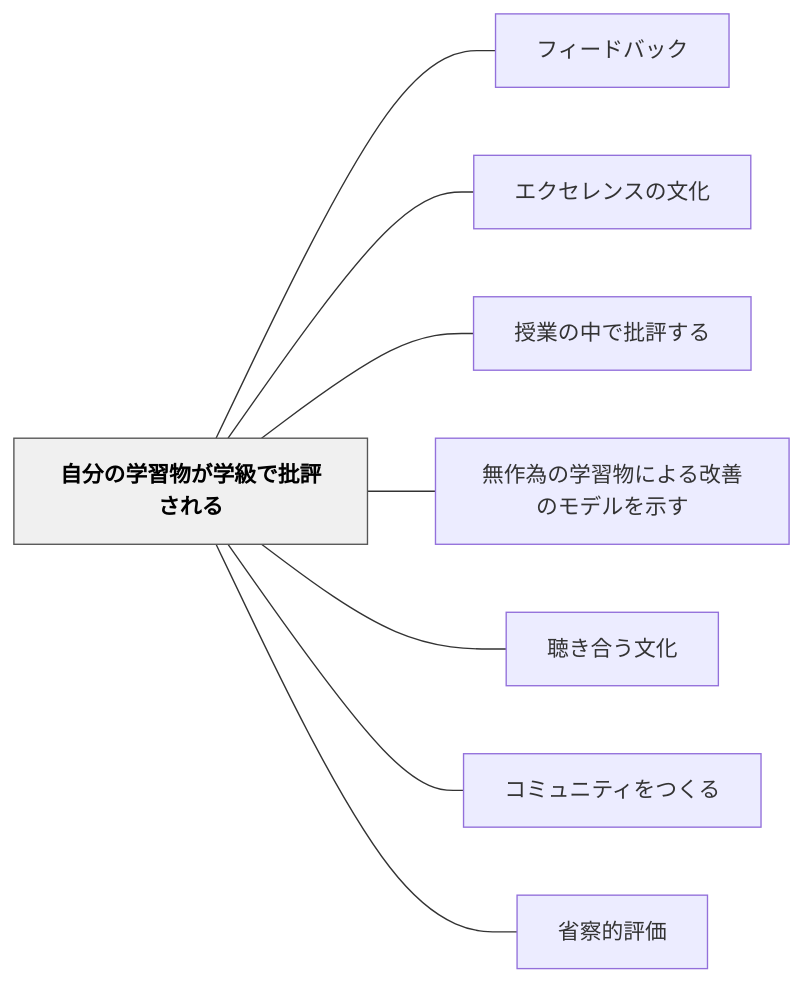
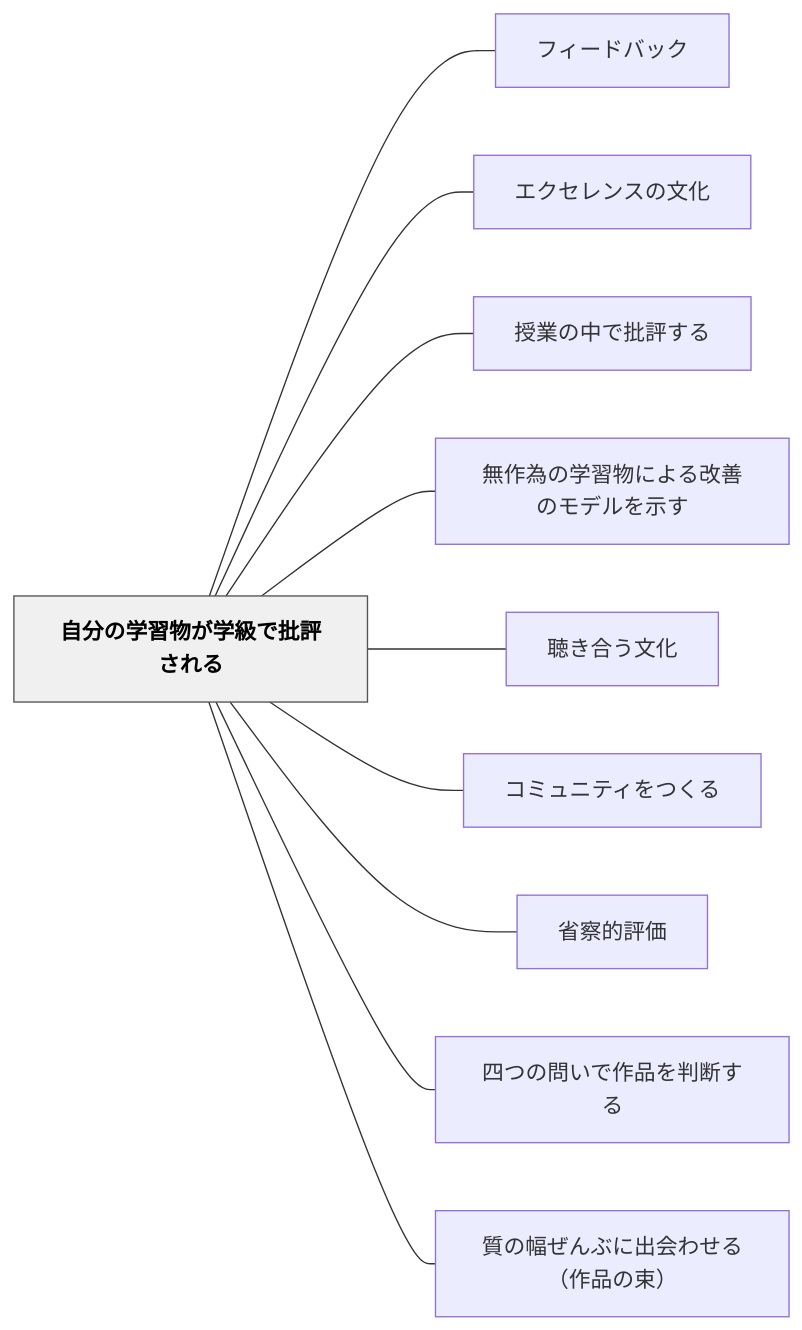
One commit to unknownthings-ed-patterns/unknownthings-ed-patterns changed the diagram in content/パタン/自分の学習物が学級で批評される.md. Above: the diagram before and after it, drawn with Mermaid. The commit also changed other lines of this file and 18 other files, not shown here.

````diff
--- a/content/パタン/自分の学習物が学級で批評される.md
+++ b/content/パタン/自分の学習物が学級で批評される.md
@@ -57,22 +59,26 @@
 ```mermaid
 flowchart LR
     ne887aae58886e381aee5ada6e7bf92e789a9e3818ce5ada6e7b49ae381a7e689b9e8a995e38195e3828ce3828b["自分の学習物が学級で批評される"]
     ne38395e382a3e383bce38389e38390e38383e382af["フィードバック"]
     ne382a8e382afe382bbe383ace383b3e382b9e381aee69687e58c96["エクセレンスの文化"]
     ne68e88e6a5ade381aee4b8ade381a7e689b9e8a995e38199e3828b["授業の中で批評する"]
     ne784a1e4bd9ce782bae381aee5ada6e7bf92e789a9e381abe38288e3828be694b9e59684e381aee383a2e38387e383abe38292e7a4bae38199["無作為の学習物による改善のモデルを示す"]
     ne881b4e3818de59088e38186e69687e58c96["聴き合う文化"]
     ne382b3e3839fe383a5e3838be38386e382a3e38292e381a4e3818fe3828b["コミュニティをつくる"]
     ne79c81e5af9fe79a84e8a995e4bea1["省察的評価"]
+    ne59b9be381a4e381aee5958fe38184e381a7e4bd9ce59381e38292e588a4e696ade38199e3828b["四つの問いで作品を判断する"]
+    ne8b3aae381aee5b985e3819ce38293e381b6e381abe587bae4bc9ae3828fe3819be3828befbc88e4bd9ce59381e381aee69d9fefbc89["質の幅ぜんぶに出会わせる（作品の束）"]
 
     ne887aae58886e381aee5ada6e7bf92e789a9e3818ce5ada6e7b49ae381a7e689b9e8a995e38195e3828ce3828b --- ne38395e382a3e383bce38389e38390e38383e382af
     ne887aae58886e381aee5ada6e7bf92e789a9e3818ce5ada6e7b49ae381a7e689b9e8a995e38195e3828ce3828b --- ne382a8e382afe382bbe383ace383b3e382b9e381aee69687e58c96
     ne887aae58886e381aee5ada6e7bf92e789a9e3818ce5ada6e7b49ae381a7e689b9e8a995e38195e3828ce3828b --- ne68e88e6a5ade381aee4b8ade381a7e689b9e8a995e38199e3828b
     ne887aae58886e381aee5ada6e7bf92e789a9e3818ce5ada6e7b49ae381a7e689b9e8a995e38195e3828ce3828b --- ne784a1e4bd9ce782bae381aee5ada6e7bf92e789a9e381abe38288e3828be694b9e59684e381aee383a2e38387e383abe38292e7a4bae38199
     ne887aae58886e381aee5ada6e7bf92e789a9e3818ce5ada6e7b49ae381a7e689b9e8a995e38195e3828ce3828b --- ne881b4e3818de59088e38186e69687e58c96
     ne887aae58886e381aee5ada6e7bf92e789a9e3818ce5ada6e7b49ae381a7e689b9e8a995e38195e3828ce3828b --- ne382b3e3839fe383a5e3838be38386e382a3e38292e381a4e3818fe3828b
     ne887aae58886e381aee5ada6e7bf92e789a9e3818ce5ada6e7b49ae381a7e689b9e8a995e38195e3828ce3828b --- ne79c81e5af9fe79a84e8a995e4bea1
+    ne887aae58886e381aee5ada6e7bf92e789a9e3818ce5ada6e7b49ae381a7e689b9e8a995e38195e3828ce3828b --- ne59b9be381a4e381aee5958fe38184e381a7e4bd9ce59381e38292e588a4e696ade38199e3828b
+    ne887aae58886e381aee5ada6e7bf92e789a9e3818ce5ada6e7b49ae381a7e689b9e8a995e38195e3828ce3828b --- ne8b3aae381aee5b985e3819ce38293e381b6e381abe587bae4bc9ae3828fe3819be3828befbc88e4bd9ce59381e381aee69d9fefbc89
 
     classDef hub fill:#f0f0f0,stroke:#555,color:#000,font-weight:bold
     class ne887aae58886e381aee5ada6e7bf92e789a9e3818ce5ada6e7b49ae381a7e689b9e8a995e38195e3828ce3828b hub
 ```
````
